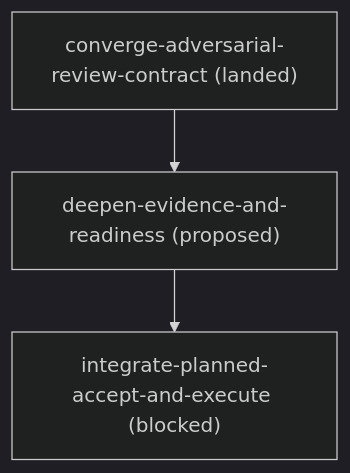
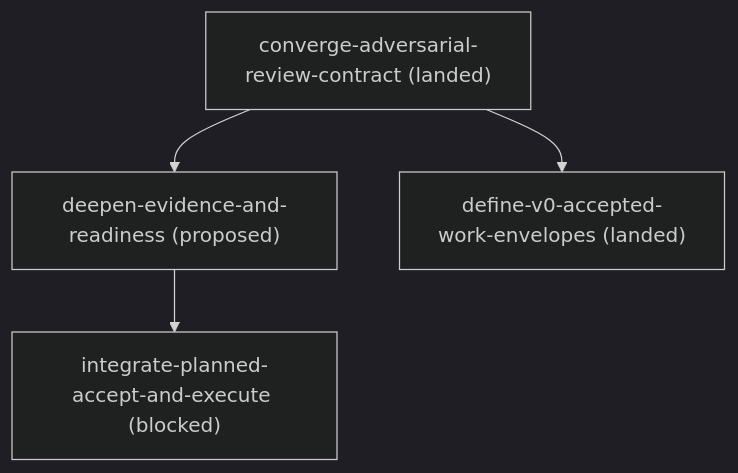
The diagram in docs/roadmap.md (kli66/reviewed-change-orchestration), drawn with Mermaid (dark theme) before and after one commit. The commit also changed other lines of this file and 10 other files, not shown here.

Commit message:
feat: define accepted-work envelope v0

````diff
--- a/docs/roadmap.md
+++ b/docs/roadmap.md
@@ -16,8 +17,10 @@
 ```mermaid
 flowchart TD
     converge_adversarial_review_contract["converge-adversarial-review-contract (landed)"]
     deepen_evidence_and_readiness["deepen-evidence-and-readiness (proposed)"]
+    define_v0_accepted_work_envelopes["define-v0-accepted-work-envelopes (landed)"]
     integrate_planned_accept_and_execute["integrate-planned-accept-and-execute (blocked)"]
     converge_adversarial_review_contract --> deepen_evidence_and_readiness
+    converge_adversarial_review_contract --> define_v0_accepted_work_envelopes
     deepen_evidence_and_readiness --> integrate_planned_accept_and_execute
 ```
````
